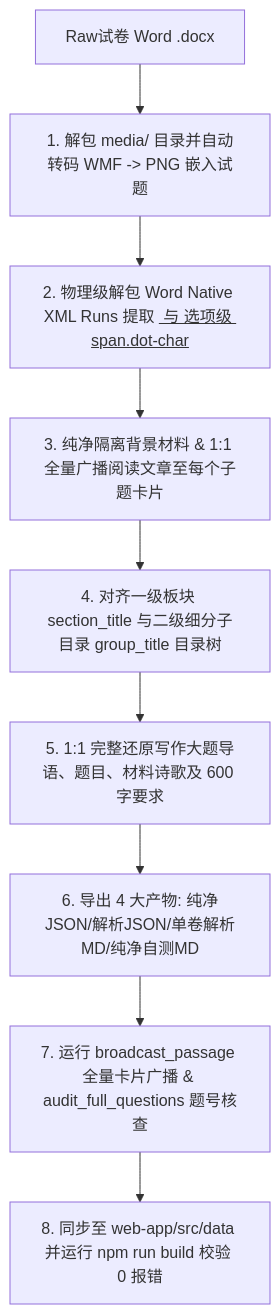
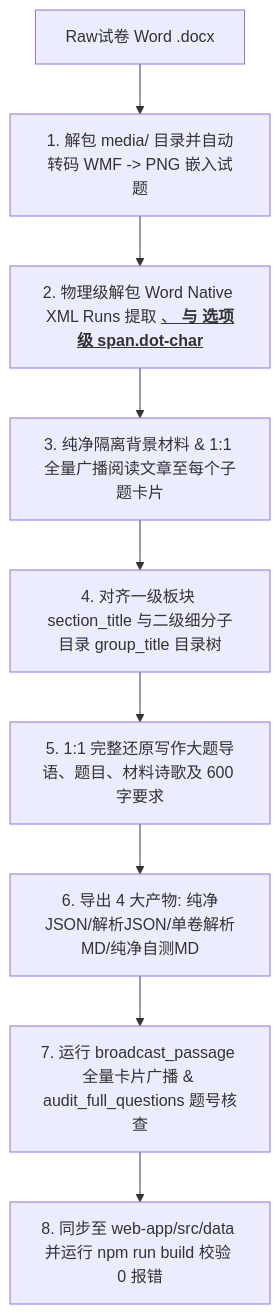
Before and after one commit to abbypalfray271-hub/qd2: the diagram in SKILL_语文试卷解析工作流.md, drawn with Mermaid. The commit also changed other lines of this file and 33 other files, not shown here.

````diff
--- a/SKILL_语文试卷解析工作流.md
+++ b/SKILL_语文试卷解析工作流.md
@@ -67,11 +80,11 @@
 ```mermaid
 flowchart TD
     A[Raw试卷 Word .docx] --> B[1. 解包 media/ 目录并自动转码 WMF -> PNG 嵌入试题]
-    B --> C[2. 物理级解包 Word Native XML Runs 提取 <u> 与 选项级 span.dot-char]
+    B --> C[2. 物理级解包 Word Native XML Runs 提取 <u>、<b> 与 选项级 span.dot-char]
     C --> D[3. 纯净隔离背景材料 & 1:1 全量广播阅读文章至每个子题卡片]
     D --> E[4. 对齐一级板块 section_title 与二级细分子目录 group_title 目录树]
     E --> F[5. 1:1 完整还原写作大题导语、题目、材料诗歌及 600 字要求]
     F --> G[6. 导出 4 大产物: 纯净JSON/解析JSON/单卷解析MD/纯净自测MD]
     G --> H[7. 运行 broadcast_passage 全量卡片广播 & audit_full_questions 题号核查]
     H --> I[8. 同步至 web-app/src/data 并运行 npm run build 校验 0 报错]
 ```
````
